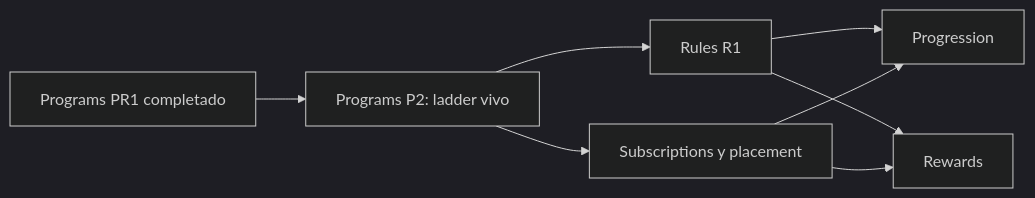
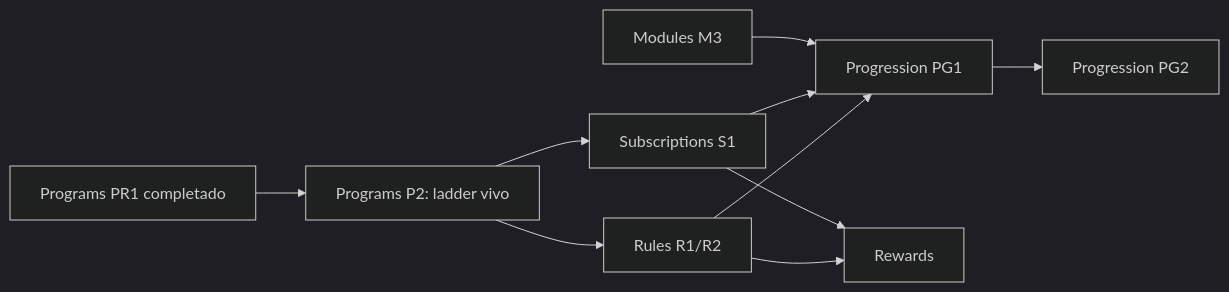
The diagram in docs/roadmap/README.md (MMTech-Solutions/ib-service), drawn with Mermaid (dark theme) before and after one commit. The commit also changed other lines of this file and 20 other files, not shown here.

First line of the commit message:
Document Progression BDS and PG1 roadmap with plan period rules.

````diff
--- a/docs/roadmap/README.md
+++ b/docs/roadmap/README.md
@@ -40,10 +42,12 @@
 ```mermaid
 flowchart LR
     PR1["Programs PR1 completado"] --> P2["Programs P2: ladder vivo"]
-    P2 --> Rules["Rules R1"]
-    P2 --> Subs["Subscriptions y placement"]
-    Rules --> Progression["Progression"]
+    P2 --> Rules["Rules R1/R2"]
+    P2 --> Subs["Subscriptions S1"]
+    Rules --> Progression["Progression PG1"]
     Subs --> Progression
+    ModulesM3["Modules M3"] --> Progression
+    Progression --> PG2["Progression PG2"]
     Rules --> Rewards["Rewards"]
     Subs --> Rewards
 ```
````
